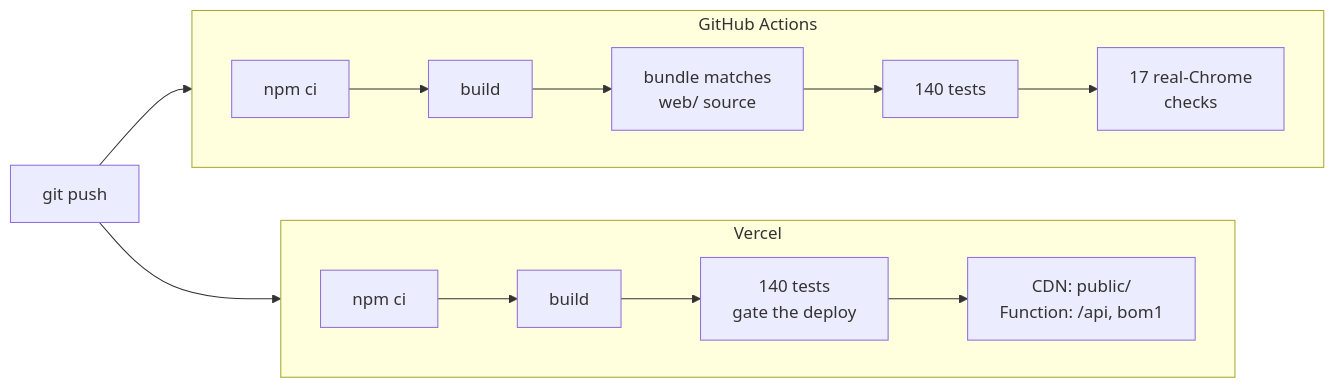
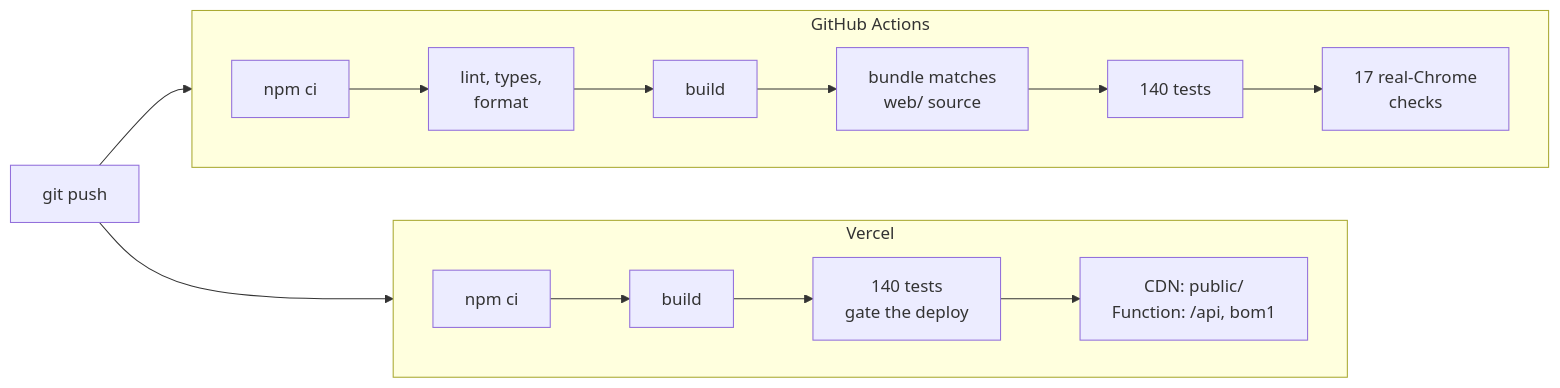
Before and after one commit to sahil-mangla/ClearBreath: the second of 2 diagrams in README.md, drawn with Mermaid. The commit also changed other lines of this file and 55 other files, not shown here.

````diff
--- a/README.md
+++ b/README.md
@@ -130,13 +130,13 @@
 ```mermaid
 flowchart LR
   P[git push] --> CI
   P --> CD
   subgraph CI [GitHub Actions]
     direction LR
-    c1[npm ci] --> c2[build] --> c3[bundle matches<br/>web/ source] --> c4[140 tests] --> c5[17 real-Chrome<br/>checks]
+    c1[npm ci] --> c1b[lint, types,<br/>format] --> c2[build] --> c3[bundle matches<br/>web/ source] --> c4[140 tests] --> c5[17 real-Chrome<br/>checks]
   end
   subgraph CD [Vercel]
     direction LR
     d1[npm ci] --> d2[build] --> d3[140 tests<br/>gate the deploy] --> d4[CDN: public/<br/>Function: /api, bom1]
   end
 ```
````
